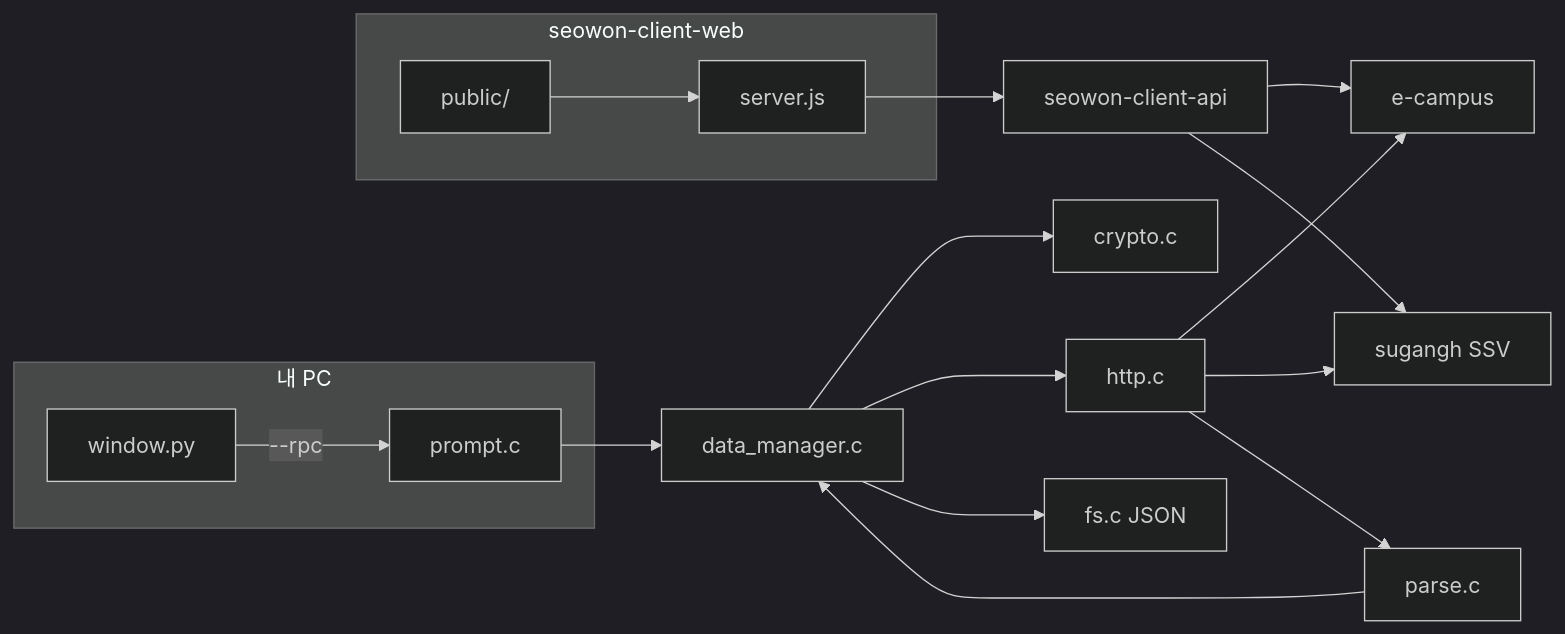
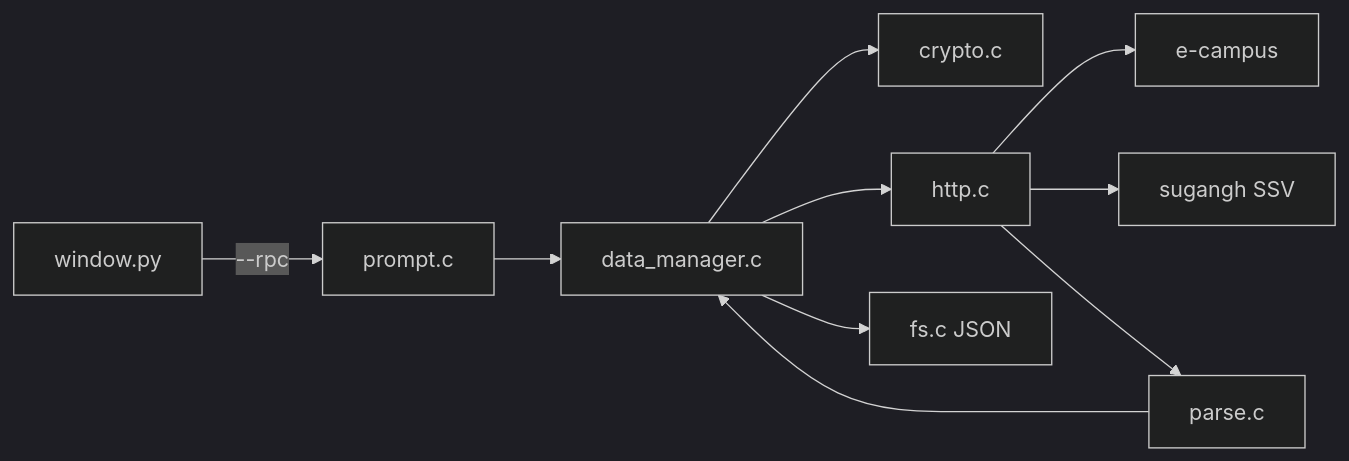
Before and after one commit to hy040504/seowon-cli: the diagram in README.md, drawn with Mermaid (dark theme). The commit also changed other lines of this file and 15 other files, not shown here.

Commit message:
웹을 seowon-client-web 저장소로 분리한다

````diff
--- a/README.md
+++ b/README.md
@@ -260,24 +233,12 @@
 ```mermaid
 flowchart LR
-  subgraph local["내 PC"]
-    TUI["prompt.c"]
-    GUI["window.py"]
-  end
-  subgraph web["seowon-client-web"]
-    PAGE["public/"]
-    SRV["server.js"]
-  end
-  TUI --> DM[data_manager.c]
-  GUI -->|"--rpc"| TUI
-  PAGE --> SRV
-  SRV --> API[seowon-client-api]
+  TUI["prompt.c"] --> DM[data_manager.c]
+  GUI["window.py"] -->|"--rpc"| TUI
   DM --> C[crypto.c]
   DM --> H[http.c]
   H --> EC[e-campus]
   H --> SG[sugangh SSV]
   H --> P[parse.c]
   P --> DM
   DM --> FS[fs.c JSON]
-  API --> EC
-  API --> SG
 ```
````
